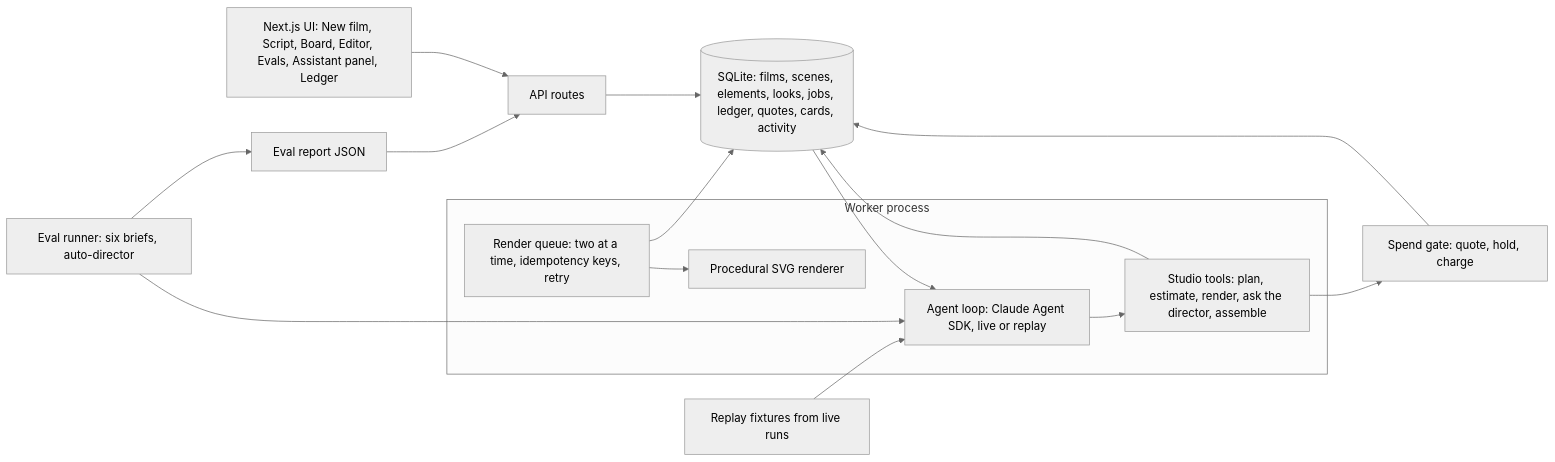
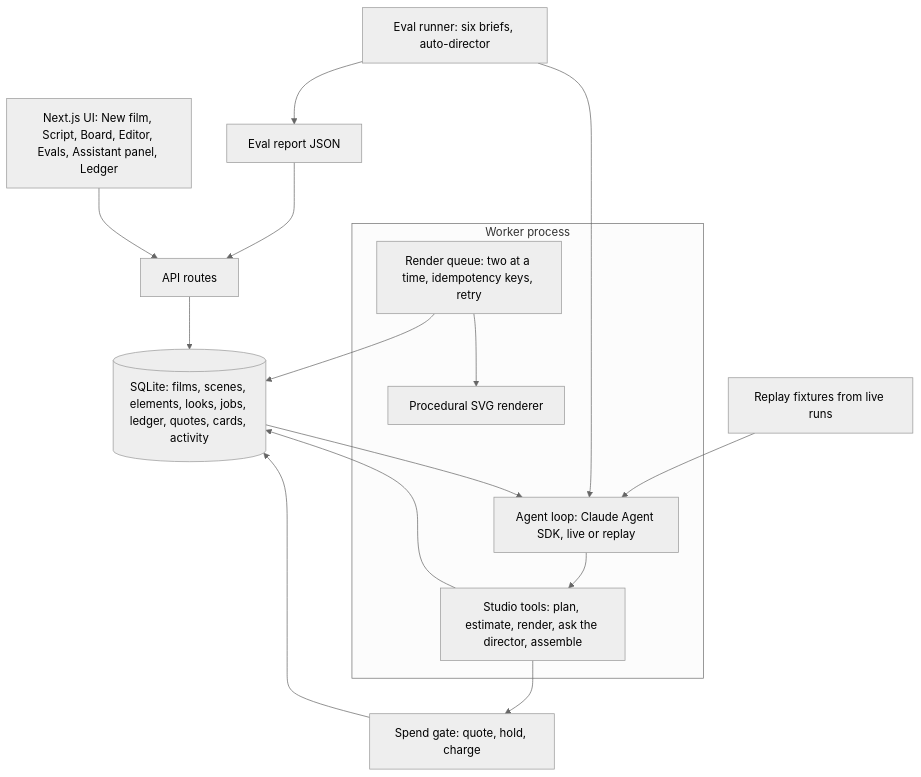
One commit to ArchiusVuong-sudo/greenlight-film-agent changed the diagram in README.md. Above: the diagram before and after it, drawn with Mermaid (neutral theme).

Commit message:
Draw the architecture diagram top to bottom so its labels stay readable on GitHub

````diff
--- a/README.md
+++ b/README.md
@@ -19,18 +19,18 @@
 ```mermaid
-flowchart LR
+flowchart TB
   UI["Next.js UI: New film, Script, Board, Editor, Evals, Assistant panel, Ledger"] --> API["API routes"]
   API --> DB[("SQLite: films, scenes, elements, looks, jobs, ledger, quotes, cards, activity")]
   subgraph Worker["Worker process"]
     Runner["Agent loop: Claude Agent SDK, live or replay"] --> Tools["Studio tools: plan, estimate, render, ask the director, assemble"]
     Queue["Render queue: two at a time, idempotency keys, retry"] --> Renderer["Procedural SVG renderer"]
   end
   Tools --> Gate["Spend gate: quote, hold, charge"]
   Gate --> DB
   Tools --> DB
   Queue --> DB
   DB --> Runner
   Fixtures["Replay fixtures from live runs"] --> Runner
   Eval["Eval runner: six briefs, auto-director"] --> Runner
   Eval --> Report["Eval report JSON"]
   Report --> API
 ```
````
